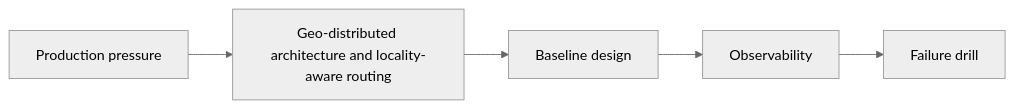
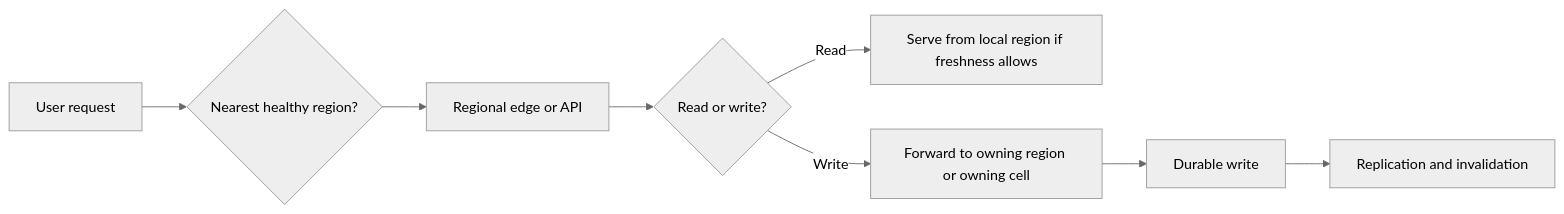
One commit to sandeepbhardwaj/sandeepbhardwaj.github.io changed the diagram in _posts/2026-12-09-geo-distributed-locality-aware-routing-part-1.md. Above: the diagram before and after it, drawn with Mermaid (neutral theme). The commit also changed other lines of this file and 19 other files, not shown here.

````diff
--- a/_posts/2026-12-09-geo-distributed-locality-aware-routing-part-1.md
+++ b/_posts/2026-12-09-geo-distributed-locality-aware-routing-part-1.md
@@ -57,7 +88,10 @@
 ```mermaid
 flowchart LR
-    A[Production pressure] --> B[Geo-distributed architecture and locality-aware routing]
-    B --> C[Baseline design]
-    C --> D[Observability]
-    D --> E[Failure drill]
+    U[User request] --> R{Nearest healthy region?}
+    R --> A[Regional edge or API]
+    A --> B{Read or write?}
+    B -->|Read| C[Serve from local region if freshness allows]
+    B -->|Write| D[Forward to owning region or owning cell]
+    D --> E[Durable write]
+    E --> F[Replication and invalidation]
 ```
````
